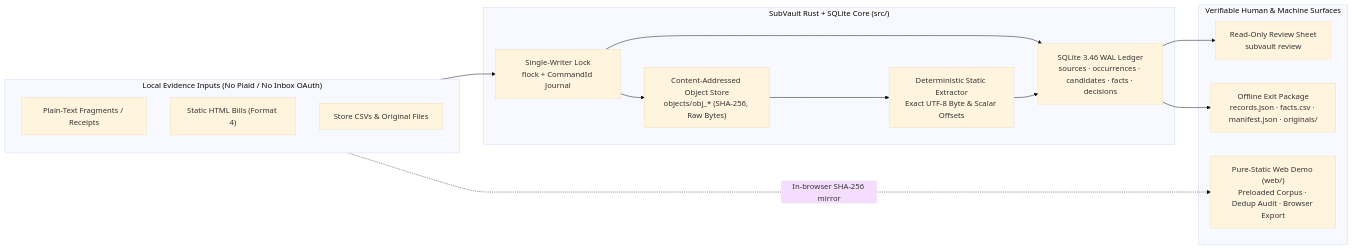
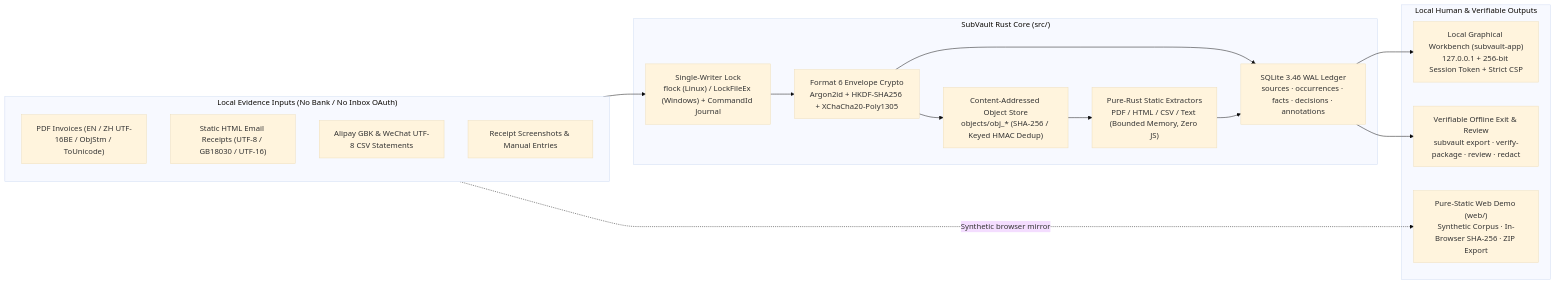
Before and after one commit to Yanagi42/SubVault: the diagram in README.md, drawn with Mermaid (base theme). The commit also changed other lines of this file and 19 other files, not shown here.

````diff
--- a/README.md
+++ b/README.md
@@ -49,29 +66,31 @@
 ```mermaid
 flowchart LR
-    subgraph Inputs["Local Evidence Inputs (No Plaid / No Inbox OAuth)"]
-        I1["Plain-Text Fragments / Receipts"]
-        I2["Static HTML Bills (Format 4)"]
-        I3["Store CSVs & Original Files"]
+    subgraph Inputs["Local Evidence Inputs (No Bank / No Inbox OAuth)"]
+        I1["PDF Invoices (EN / ZH UTF-16BE / ObjStm / ToUnicode)"]
+        I2["Static HTML Email Receipts (UTF-8 / GB18030 / UTF-16)"]
+        I3["Alipay GBK & WeChat UTF-8 CSV Statements"]
+        I4["Receipt Screenshots & Manual Entries"]
     end
 
-    subgraph Core["SubVault Rust + SQLite Core (src/)"]
-        L["Single-Writer Lock<br/>flock + CommandId Journal"]
-        O["Content-Addressed Object Store<br/>objects/obj_* (SHA-256, Raw Bytes)"]
-        E["Deterministic Static Extractor<br/>Exact UTF-8 Byte & Scalar Offsets"]
-        D["SQLite 3.46 WAL Ledger<br/>sources · occurrences · candidates · facts · decisions"]
+    subgraph Core["SubVault Rust Core (src/)"]
+        L["Single-Writer Lock<br/>flock (Linux) / LockFileEx (Windows) + CommandId Journal"]
+        C["Format 6 Envelope Crypto<br/>Argon2id + HKDF-SHA256 + XChaCha20-Poly1305"]
+        O["Content-Addressed Object Store<br/>objects/obj_* (SHA-256 / Keyed HMAC Dedup)"]
+        E["Pure-Rust Static Extractors<br/>PDF / HTML / CSV / Text (Bounded Memory, Zero JS)"]
+        D["SQLite 3.46 WAL Ledger<br/>sources · occurrences · facts · decisions · annotations"]
     end
 
-    subgraph Outputs["Verifiable Human & Machine Surfaces"]
-        R["Read-Only Review Sheet<br/>subvault review"]
-        X["Offline Exit Package<br/>records.json · facts.csv · manifest.json · originals/"]
-        W["Pure-Static Web Demo (web/)<br/>Preloaded Corpus · Dedup Audit · Browser Export"]
+    subgraph Surfaces["Local Human & Verifiable Outputs"]
+        A["Local Graphical Workbench (subvault-app)<br/>127.0.0.1 + 256-bit Session Token + Strict CSP"]
+        X["Verifiable Offline Exit & Review<br/>subvault export · verify-package · review · redact"]
+        W["Pure-Static Web Demo (web/)<br/>Synthetic Corpus · In-Browser SHA-256 · ZIP Export"]
     end
 
     Inputs --> L
-    L --> O
-    L --> D
+    L --> C --> O
+    C --> D
     O --> E --> D
-    D --> R
+    D --> A
     D --> X
-    Inputs -. "In-browser SHA-256 mirror" .-> W
+    Inputs -. "Synthetic browser mirror" .-> W
 ```
````
